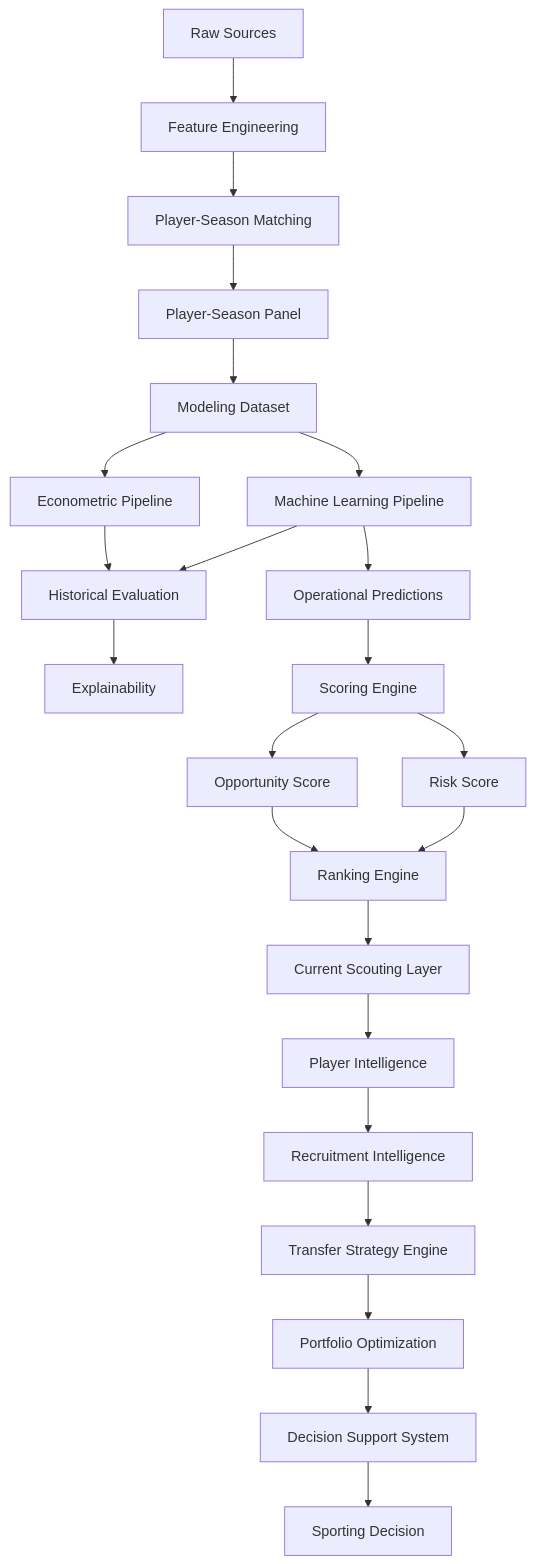
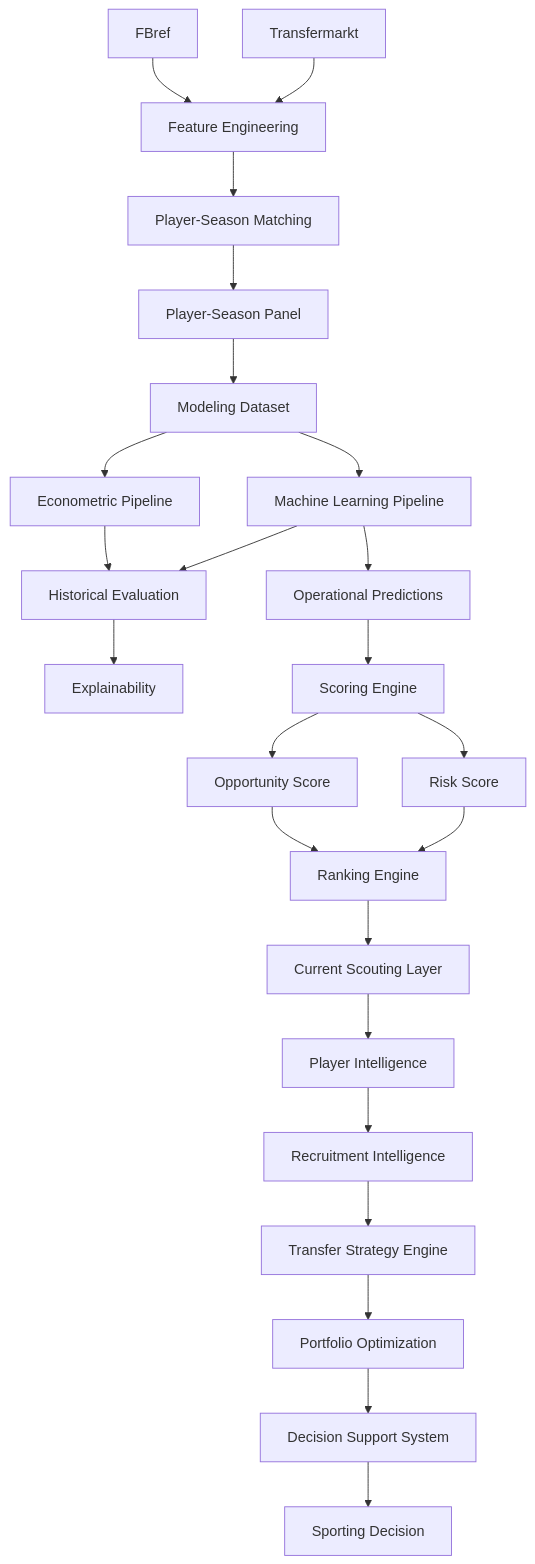
Before and after one commit to manuelpeba/market-value-football-tfm: the diagram in docs/pipeline_reference.md, drawn with Mermaid. The commit also changed other lines of this file and 9 other files, not shown here.

````diff
--- a/docs/pipeline_reference.md
+++ b/docs/pipeline_reference.md
@@ -49,44 +102,47 @@
 ```mermaid
 flowchart TD
 
-A[Raw Sources]
---> B[Feature Engineering]
+A[FBref]
+--> C[Feature Engineering]
 
-B --> C[Player-Season Matching]
+B[Transfermarkt]
+--> C
 
-C --> D[Player-Season Panel]
+C --> D[Player-Season Matching]
 
-D --> E[Modeling Dataset]
+D --> E[Player-Season Panel]
 
-E --> F[Econometric Pipeline]
-E --> G[Machine Learning Pipeline]
+E --> F[Modeling Dataset]
 
-F --> H[Historical Evaluation]
-G --> H
+F --> G[Econometric Pipeline]
+F --> H[Machine Learning Pipeline]
 
-H --> I[Explainability]
+G --> I[Historical Evaluation]
+H --> I
 
-G --> J[Operational Predictions]
+I --> J[Explainability]
 
-J --> K[Scoring Engine]
+H --> K[Operational Predictions]
 
-K --> L[Opportunity Score]
-K --> M[Risk Score]
+K --> L[Scoring Engine]
 
-L --> N[Ranking Engine]
-M --> N
+L --> M[Opportunity Score]
+L --> N[Risk Score]
 
-N --> O[Current Scouting Layer]
+M --> O[Ranking Engine]
+N --> O
 
-O --> P[Player Intelligence]
+O --> P[Current Scouting Layer]
 
-P --> Q[Recruitment Intelligence]
+P --> Q[Player Intelligence]
 
-Q --> R[Transfer Strategy Engine]
+Q --> R[Recruitment Intelligence]
 
-R --> S[Portfolio Optimization]
+R --> S[Transfer Strategy Engine]
 
-S --> T[Decision Support System]
+S --> T[Portfolio Optimization]
 
-T --> U[Sporting Decision]
+T --> U[Decision Support System]
+
+U --> V[Sporting Decision]
 ```
````
